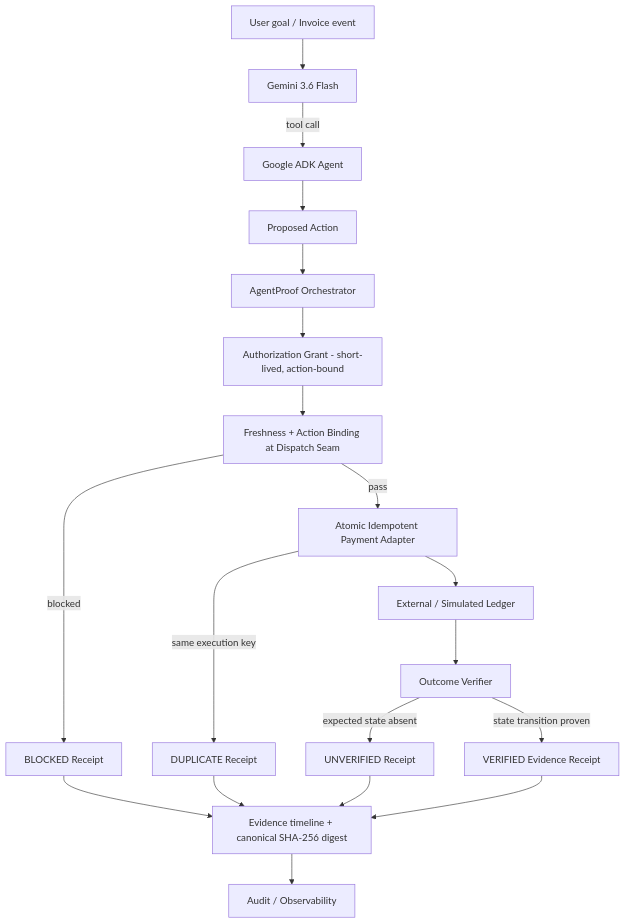
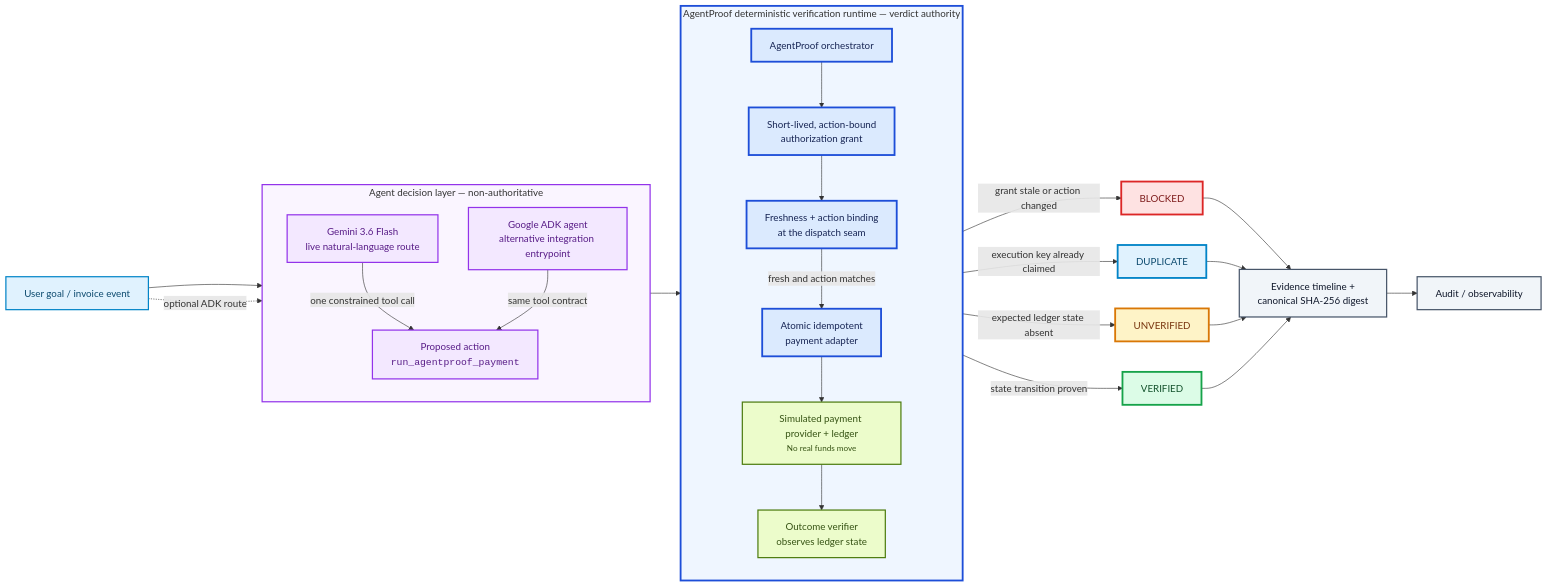
The diagram in docs/architecture.mmd (safal207/safal207-AgentProof-AI), drawn with Mermaid before and after one commit. The commit also changed 2 other files, not shown here.

```diff
--- a/docs/architecture.mmd
+++ b/docs/architecture.mmd
@@ -1,19 +1,66 @@
-flowchart TD
-    E[User goal / Invoice event] --> G[Gemini 3.6 Flash]
-    G -->|tool call| A[Google ADK Agent]
-    A --> P[Proposed Action]
-    P --> Z[AgentProof Orchestrator]
-    Z --> GR[Authorization Grant - short-lived, action-bound]
-    GR --> F[Freshness + Action Binding at Dispatch Seam]
-    F -->|blocked| B[BLOCKED Receipt]
-    F -->|pass| X[Atomic Idempotent Payment Adapter]
-    X -->|same execution key| D[DUPLICATE Receipt]
-    X --> O[External / Simulated Ledger]
-    O --> V[Outcome Verifier]
-    V -->|expected state absent| U[UNVERIFIED Receipt]
-    V -->|state transition proven| S[VERIFIED Evidence Receipt]
-    B --> R[Evidence timeline + canonical SHA-256 digest]
+flowchart LR
+    E["User goal / invoice event"]
+
+    subgraph DECISION["Agent decision layer — non-authoritative"]
+        direction TB
+        G["Gemini 3.6 Flash<br/>live natural-language route"]
+        ADK["Google ADK agent<br/>alternative integration entrypoint"]
+        P["Proposed action<br/><code>run_agentproof_payment</code>"]
+        G -->|one constrained tool call| P
+        ADK -->|same tool contract| P
+    end
+
+    subgraph VERIFY["AgentProof deterministic verification runtime — verdict authority"]
+        direction TB
+        Z["AgentProof orchestrator"]
+        GR["Short-lived, action-bound<br/>authorization grant"]
+        F["Freshness + action binding<br/>at the dispatch seam"]
+        X["Atomic idempotent<br/>payment adapter"]
+        L["Simulated payment provider + ledger<br/><small>No real funds move</small>"]
+        V["Outcome verifier<br/>observes ledger state"]
+        Z --> GR --> F
+        F -->|fresh and action matches| X --> L --> V
+    end
+
+    B["BLOCKED"]
+    D["DUPLICATE"]
+    U["UNVERIFIED"]
+    S["VERIFIED"]
+    R["Evidence timeline +<br/>canonical SHA-256 digest"]
+    AU["Audit / observability"]
+
+    E --> G
+    E -. optional ADK route .-> ADK
+    P --> Z
+    F -->|grant stale or action changed| B
+    X -->|execution key already claimed| D
+    V -->|expected ledger state absent| U
+    V -->|state transition proven| S
+    B --> R
     D --> R
     U --> R
     S --> R
-    R --> AU[Audit / Observability]
+    R --> AU
+
+    classDef entry fill:#e0f2fe,stroke:#0284c7,color:#0c4a6e,stroke-width:2px;
+    classDef model fill:#f3e8ff,stroke:#9333ea,color:#581c87,stroke-width:2px;
+    classDef core fill:#dbeafe,stroke:#1d4ed8,color:#172554,stroke-width:3px;
+    classDef state fill:#ecfccb,stroke:#4d7c0f,color:#365314,stroke-width:2px;
+    classDef blocked fill:#fee2e2,stroke:#dc2626,color:#7f1d1d,stroke-width:3px;
+    classDef duplicate fill:#e0f2fe,stroke:#0284c7,color:#0c4a6e,stroke-width:3px;
+    classDef unverified fill:#fef3c7,stroke:#d97706,color:#78350f,stroke-width:3px;
+    classDef verified fill:#dcfce7,stroke:#16a34a,color:#14532d,stroke-width:3px;
+    classDef evidence fill:#f1f5f9,stroke:#475569,color:#0f172a,stroke-width:2px;
+
+    class E entry;
+    class G,ADK,P model;
+    class Z,GR,F,X core;
+    class L,V state;
+    class B blocked;
+    class D duplicate;
+    class U unverified;
+    class S verified;
+    class R,AU evidence;
+
+    style DECISION fill:#faf5ff,stroke:#9333ea,stroke-width:2px
+    style VERIFY fill:#eff6ff,stroke:#1d4ed8,stroke-width:3px
```
